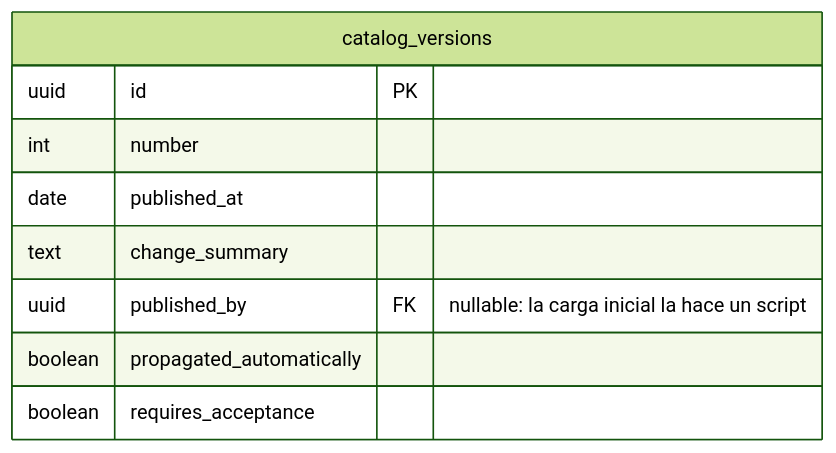
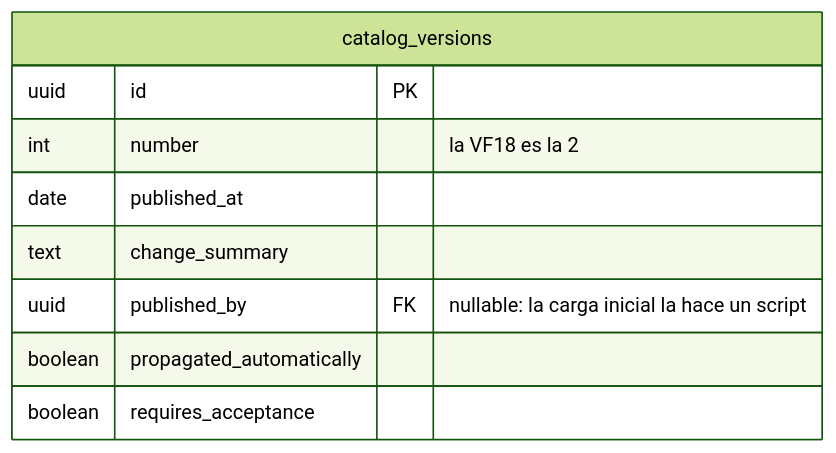
Before and after one commit to Monkey-GRC/Monkey-Brain-IA: the fifth of 5 diagrams in skills/product/monkey-compliance-council/references/datos/modelo/03-catalogo-maestro.md, drawn with Mermaid (forest theme). The commit also changed other lines of this file and 100 other files, not shown here.

````diff
--- a/skills/product/monkey-compliance-council/references/datos/modelo/03-catalogo-maestro.md
+++ b/skills/product/monkey-compliance-council/references/datos/modelo/03-catalogo-maestro.md
@@ -367,12 +355,12 @@
 ```mermaid
 erDiagram
     catalog_versions {
         uuid id PK
-        int number
+        int number "la VF18 es la 2"
         date published_at
         text change_summary
         uuid published_by FK "nullable: la carga inicial la hace un script"
         boolean propagated_automatically
         boolean requires_acceptance
     }
 ```
````
